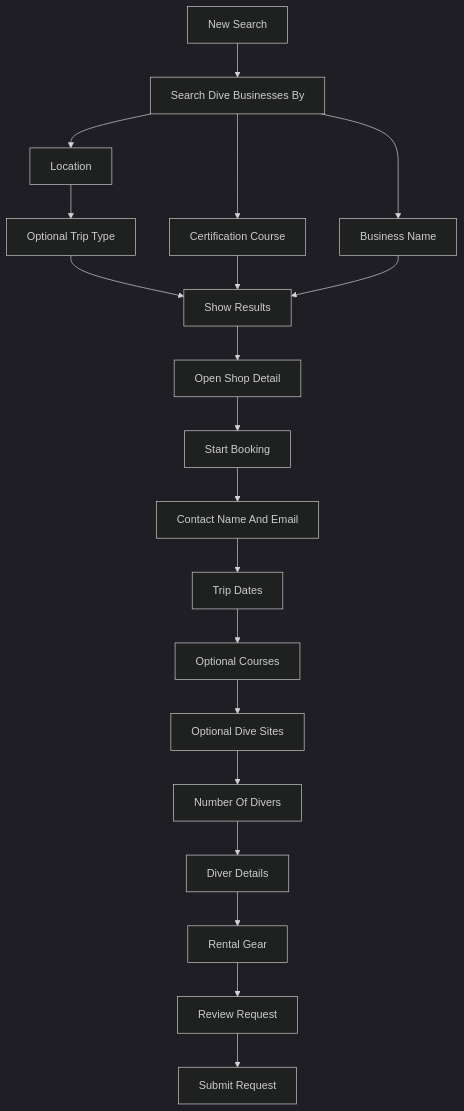
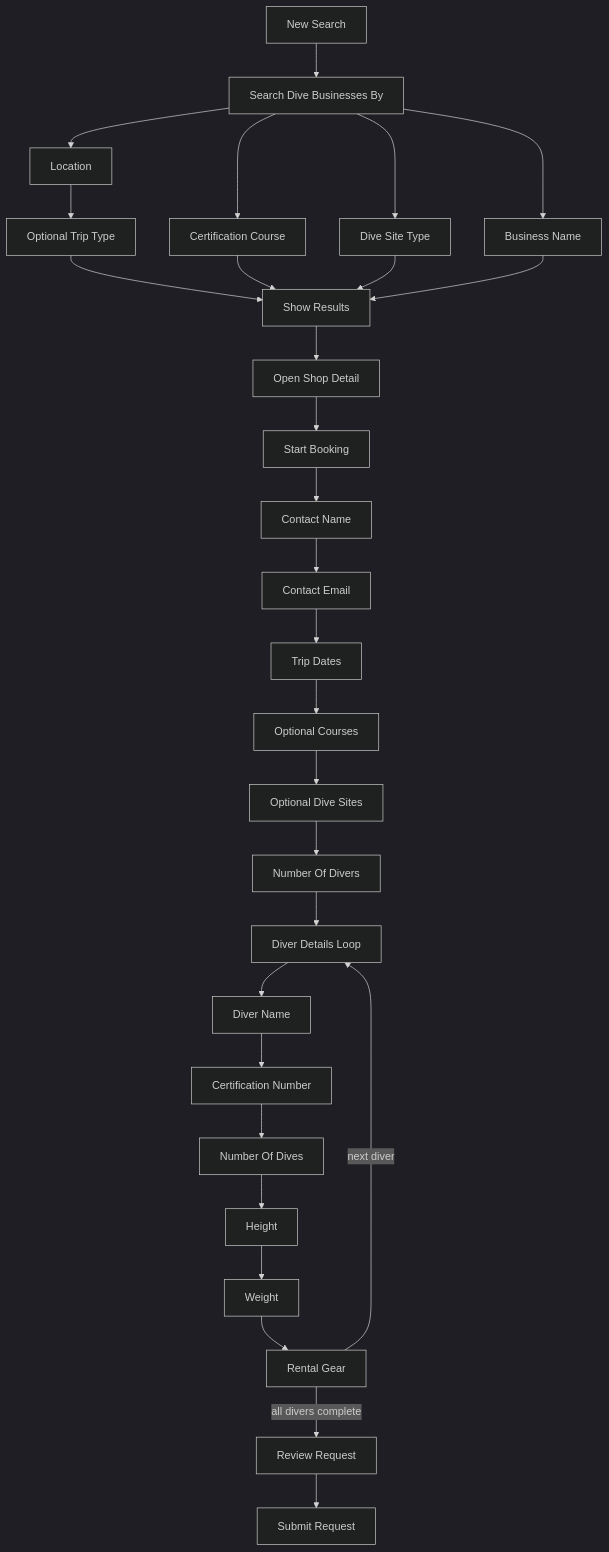
One commit to glaucusdive/glaucus changed the diagram in .cursor/plans/sandbox_search_plan_0ea4027a.plan.md. Above: the diagram before and after it, drawn with Mermaid (dark theme). The commit also changed other lines of this file and 1 other file, not shown here.

First line of the commit message:
Enhance search and booking flow for dive businesses

````diff
--- a/.cursor/plans/sandbox_search_plan_0ea4027a.plan.md
+++ b/.cursor/plans/sandbox_search_plan_0ea4027a.plan.md
@@ -47,41 +47,57 @@
 ```mermaid
 flowchart TD
   start[New Search]
   searchBy[Search Dive Businesses By]
   location[Location]
   course[Certification Course]
+  siteType[Dive Site Type]
   name[Business Name]
   tripType[Optional Trip Type]
   results[Show Results]
   shopDetail[Open Shop Detail]
   bookingStart[Start Booking]
-  contact[Contact Name And Email]
+  contactName[Contact Name]
+  contactEmail[Contact Email]
   tripDates[Trip Dates]
   bookingCourses[Optional Courses]
   bookingSites[Optional Dive Sites]
   diverCount[Number Of Divers]
-  diverDetails[Diver Details]
-  gear[Rental Gear]
+  diverLoop[Diver Details Loop]
+  diverName[Diver Name]
+  diverCert[Certification Number]
+  diverDives[Number Of Dives]
+  diverHeight[Height]
+  diverWeight[Weight]
+  diverGear[Rental Gear]
   review[Review Request]
   done[Submit Request]
 
   start --> searchBy
   searchBy --> location
   searchBy --> course
+  searchBy --> siteType
   searchBy --> name
   location --> tripType
   tripType --> results
   course --> results
+  siteType --> results
   name --> results
   results --> shopDetail
   shopDetail --> bookingStart
-  bookingStart --> contact
-  contact --> tripDates
+  bookingStart --> contactName
+  contactName --> contactEmail
+  contactEmail --> tripDates
   tripDates --> bookingCourses
   bookingCourses --> bookingSites
   bookingSites --> diverCount
-  diverCount --> diverDetails
-  diverDetails --> gear
-  gear --> review
+  diverCount --> diverLoop
+  diverLoop --> diverName
+  diverName --> diverCert
+  diverCert --> diverDives
+  diverDives --> diverHeight
+  diverHeight --> diverWeight
+  diverWeight --> diverGear
+  diverGear -->|"next diver"| diverLoop
+  diverGear -->|"all divers complete"| review
   review --> done
 ```
````
